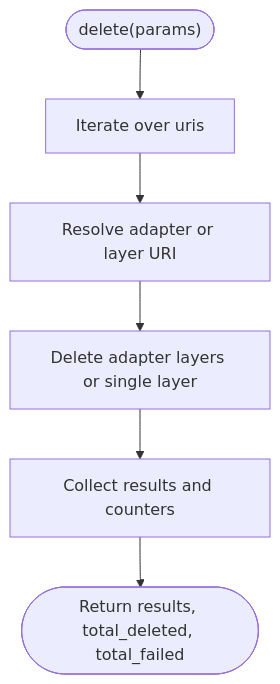
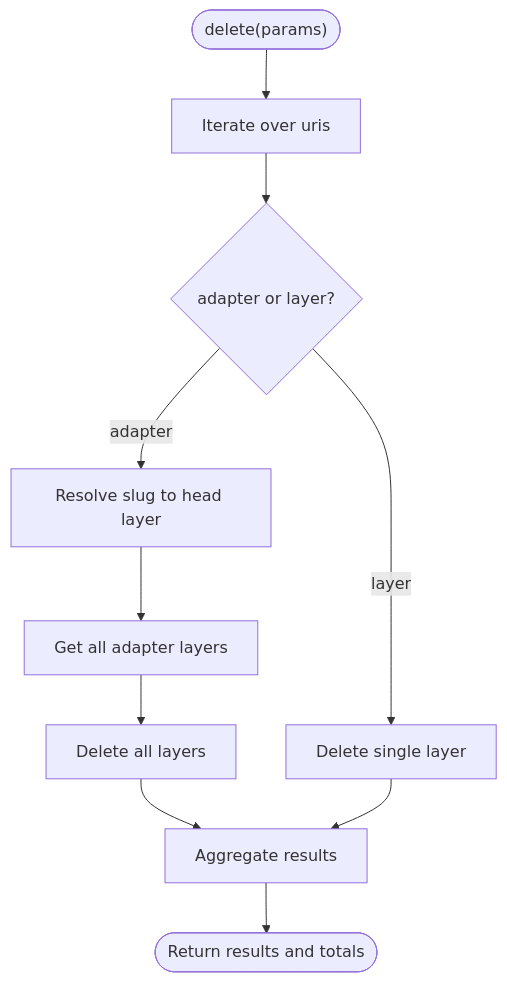
One commit to SquadRules/mcp changed the eighth of 11 diagrams in .qoder/repowiki/en/content/MCP Tools Reference/MCP Tools Reference.md. Above: the diagram before and after it, drawn with Mermaid. The commit also changed other lines of this file and 553 other files, not shown here.

````diff
--- a/.qoder/repowiki/en/content/MCP Tools Reference/MCP Tools Reference.md
+++ b/.qoder/repowiki/en/content/MCP Tools Reference/MCP Tools Reference.md
@@ -520,8 +444,12 @@
 ```mermaid
 flowchart TD
 Start(["delete(params)"]) --> Iterate["Iterate over uris"]
-Iterate --> Resolve["Resolve adapter or layer URI"]
-Resolve --> DeleteOp["Delete adapter layers or single layer"]
-DeleteOp --> Collect["Collect results and counters"]
-Collect --> Output(["Return results, total_deleted, total_failed"])
+Iterate --> Kind{"adapter or layer?"}
+Kind --> |adapter| ResolveSlug["Resolve slug to head layer"]
+ResolveSlug --> GetLayers["Get all adapter layers"]
+GetLayers --> DeleteAll["Delete all layers"]
+Kind --> |layer| DeleteLayer["Delete single layer"]
+DeleteAll --> Aggregate["Aggregate results"]
+DeleteLayer --> Aggregate
+Aggregate --> Return(["Return results and totals"])
 ```
````
